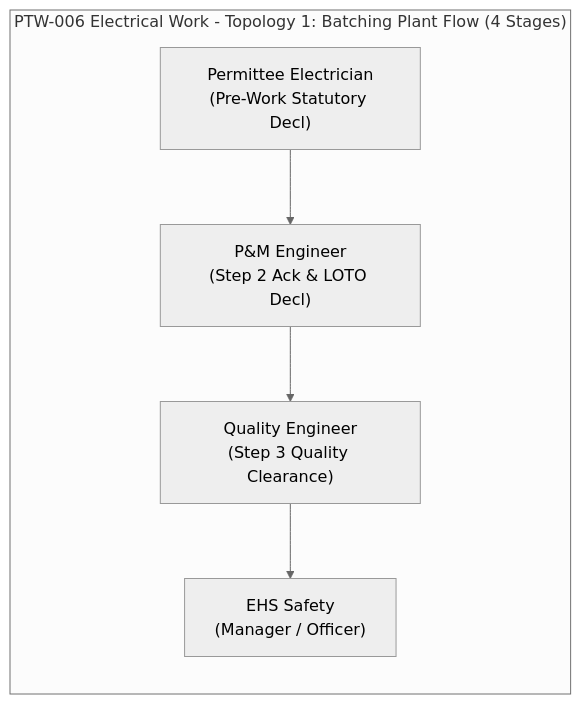
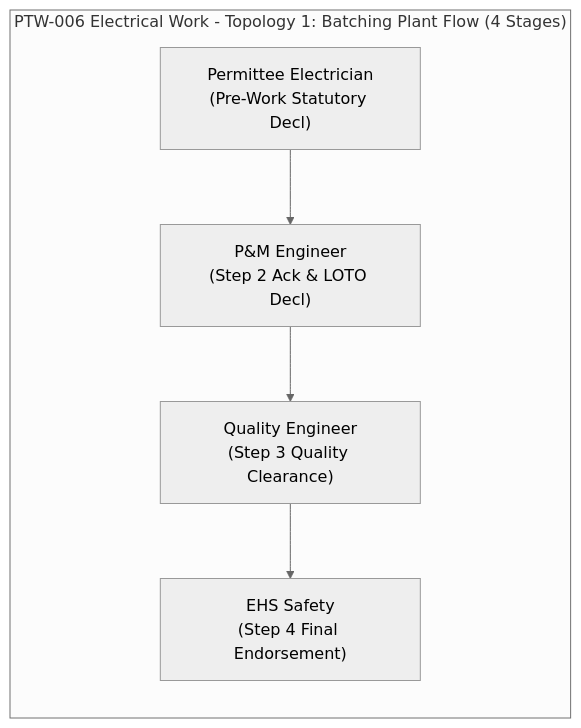
The ninth of 34 diagrams in README.md (AuroGroupAutomationBot/ARPL-EHS-Demo), drawn with Mermaid (neutral theme) before and after one commit. The commit also changed other lines of this file and 2 other files, not shown here.

````diff
--- a/README.md
+++ b/README.md
@@ -460,8 +482,8 @@
 ```mermaid
 graph LR
     subgraph "PTW-006 Electrical Work - Topology 1: Batching Plant Flow (4 Stages)"
         EL1["Permittee Electrician<br/>(Pre-Work Statutory Decl)"] --> EL2["P&M Engineer<br/>(Step 2 Ack & LOTO Decl)"]
         EL2 --> EL3["Quality Engineer<br/>(Step 3 Quality Clearance)"]
-        EL3 --> EL4["EHS Safety<br/>(Manager / Officer)"]
+        EL3 --> EL4["EHS Safety<br/>(Step 4 Final Endorsement)"]
     end
 ```
````
